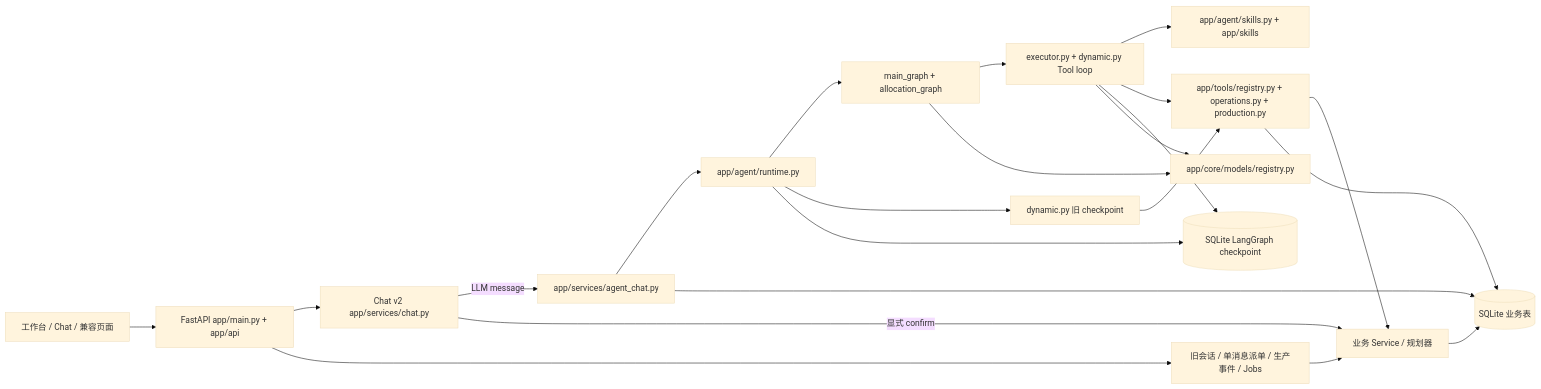
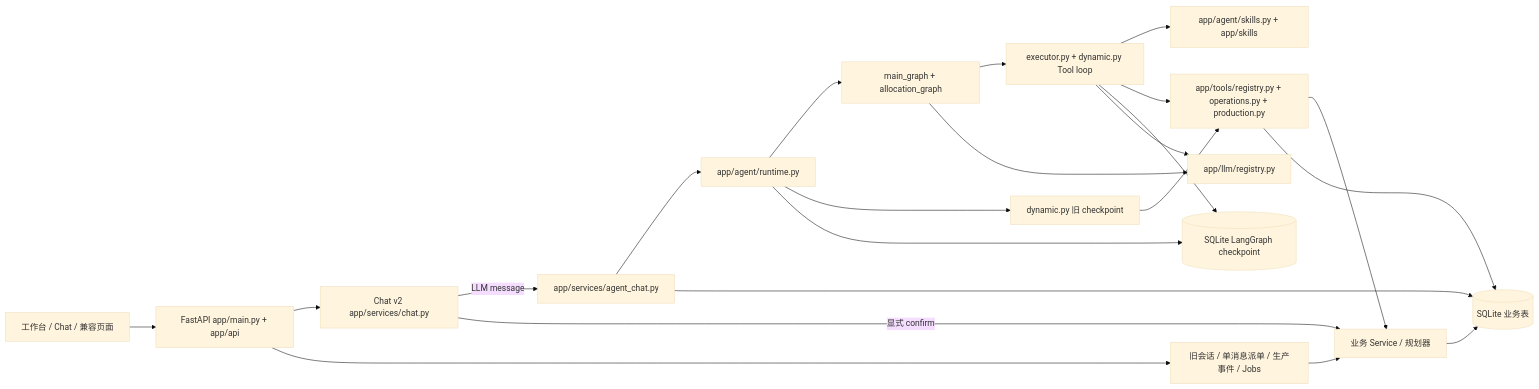
One commit to zh72640/dss5105_project changed the diagram in docs/current_architecture.md. Above: the diagram before and after it, drawn with Mermaid (base theme). The commit also changed other lines of this file and 42 other files, not shown here.

Commit message:
before adopting langchain for LLM models

````diff
--- a/docs/current_architecture.md
+++ b/docs/current_architecture.md
@@ -7,24 +7,24 @@
 ```mermaid
 flowchart LR
     UI[工作台 / Chat / 兼容页面] --> API[FastAPI app/main.py + app/api]
     API --> CHAT[Chat v2 app/services/chat.py]
     API --> OTHER[旧会话 / 单消息派单 / 生产事件 / Jobs]
     CHAT -->|LLM message| AC[app/services/agent_chat.py]
     AC --> RUNTIME[app/agent/runtime.py]
     RUNTIME --> MAIN[main_graph + allocation_graph]
     RUNTIME --> LEGACY[dynamic.py 旧 checkpoint]
     MAIN --> EXECUTOR[executor.py + dynamic.py Tool loop]
     EXECUTOR --> SKILL[app/agent/skills.py + app/skills]
     EXECUTOR --> TOOL[app/tools/registry.py + operations.py + production.py]
     LEGACY --> TOOL
     TOOL --> BIZ[业务 Service / 规划器]
     CHAT -->|显式 confirm| BIZ
     OTHER --> BIZ
     BIZ --> DB[(SQLite 业务表)]
     TOOL --> DB
     RUNTIME --> CP[(SQLite LangGraph checkpoint)]
     EXECUTOR --> CP
     AC --> DB
-    MAIN --> MODEL[app/core/models/registry.py]
+    MAIN --> MODEL[app/llm/registry.py]
     EXECUTOR --> MODEL
 ```
````
